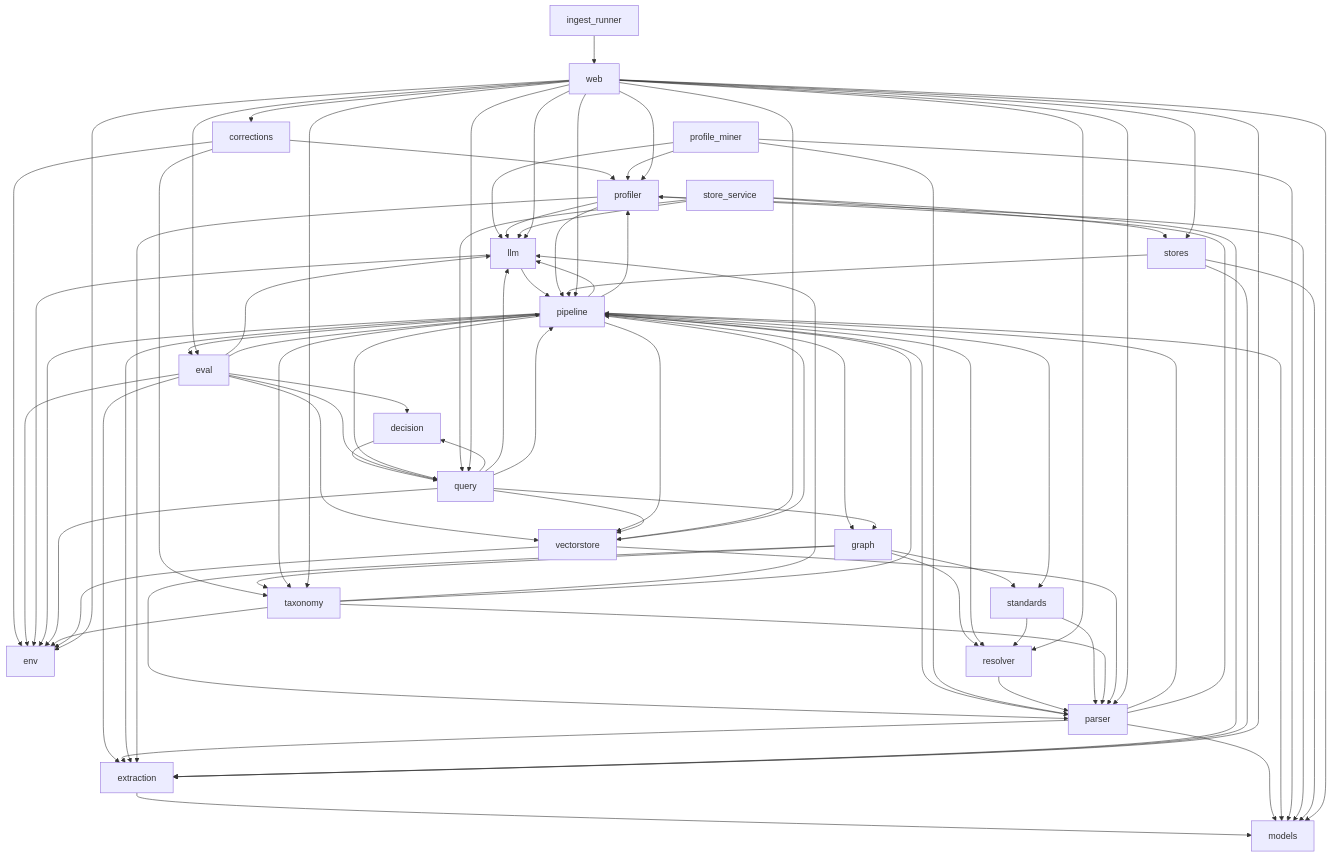
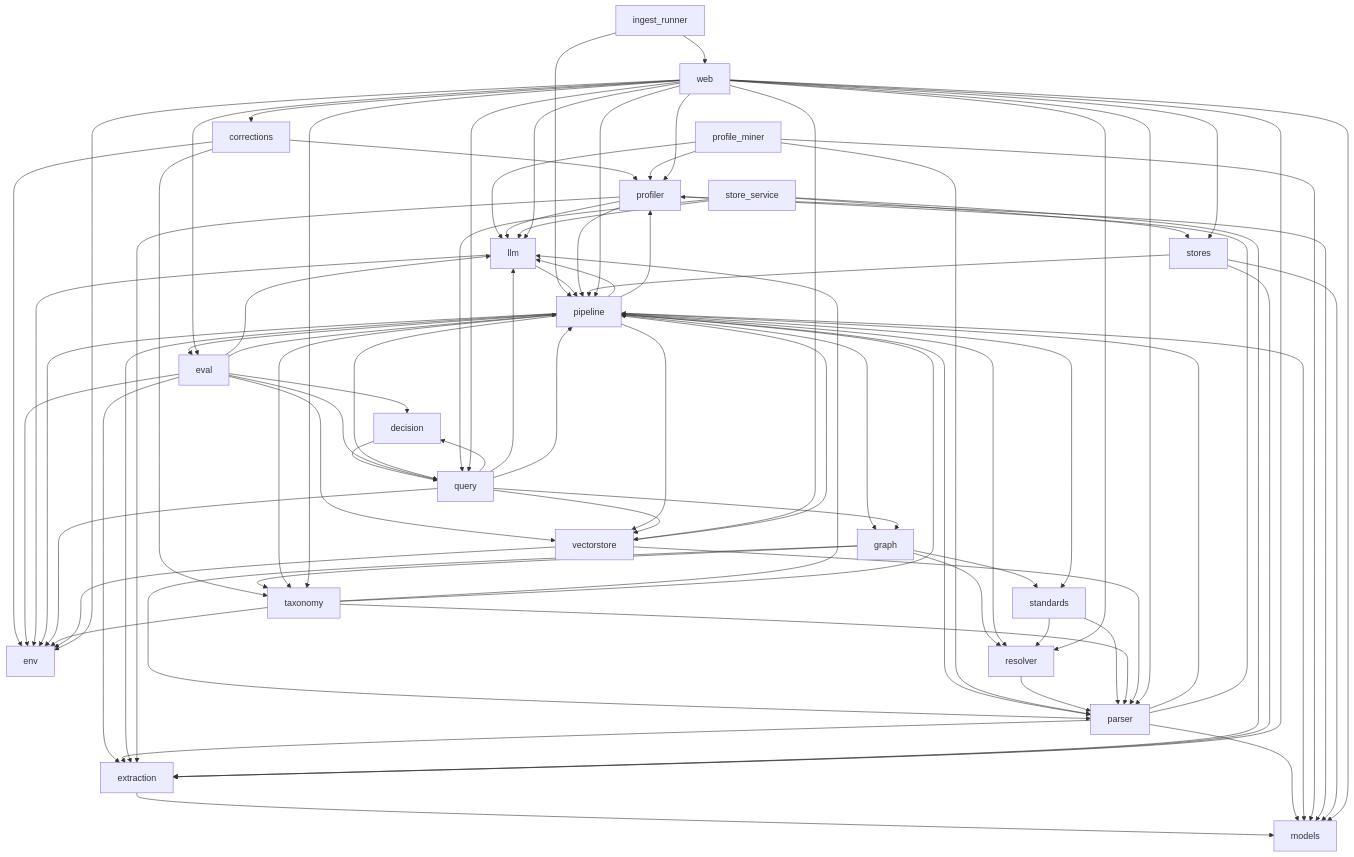
The diagram in docs/compact/MAP.md (kurnoolion/nora), drawn with Mermaid before and after one commit. The commit also changed other lines of this file and 5 other files, not shown here.

```diff
--- a/docs/compact/MAP.md
+++ b/docs/compact/MAP.md
@@ -70,6 +70,7 @@
     m_graph --> m_resolver
     m_graph --> m_standards
     m_graph --> m_taxonomy
+    m_ingest_runner --> m_pipeline
     m_ingest_runner --> m_web
     m_llm --> m_env
     m_llm --> m_pipeline
```
